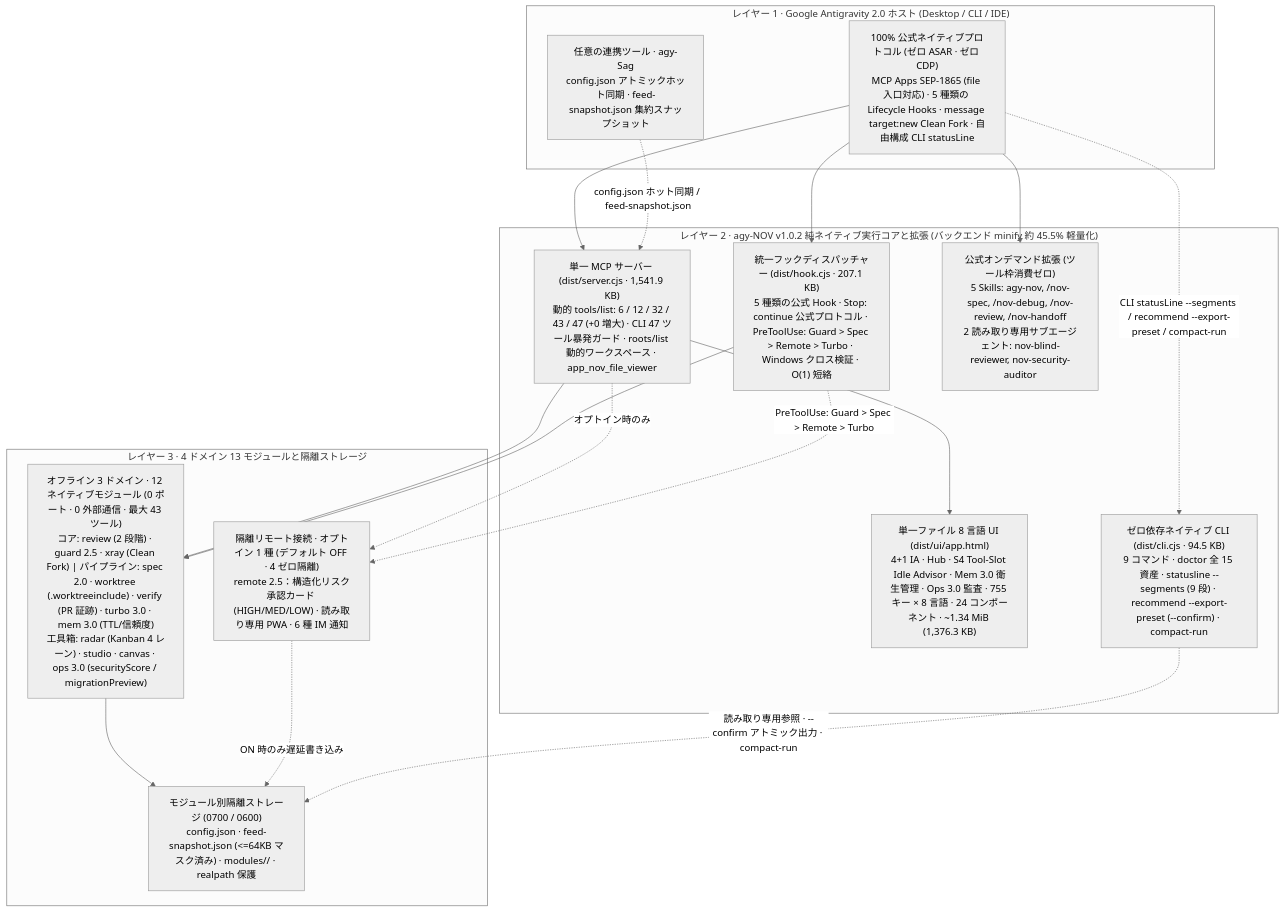
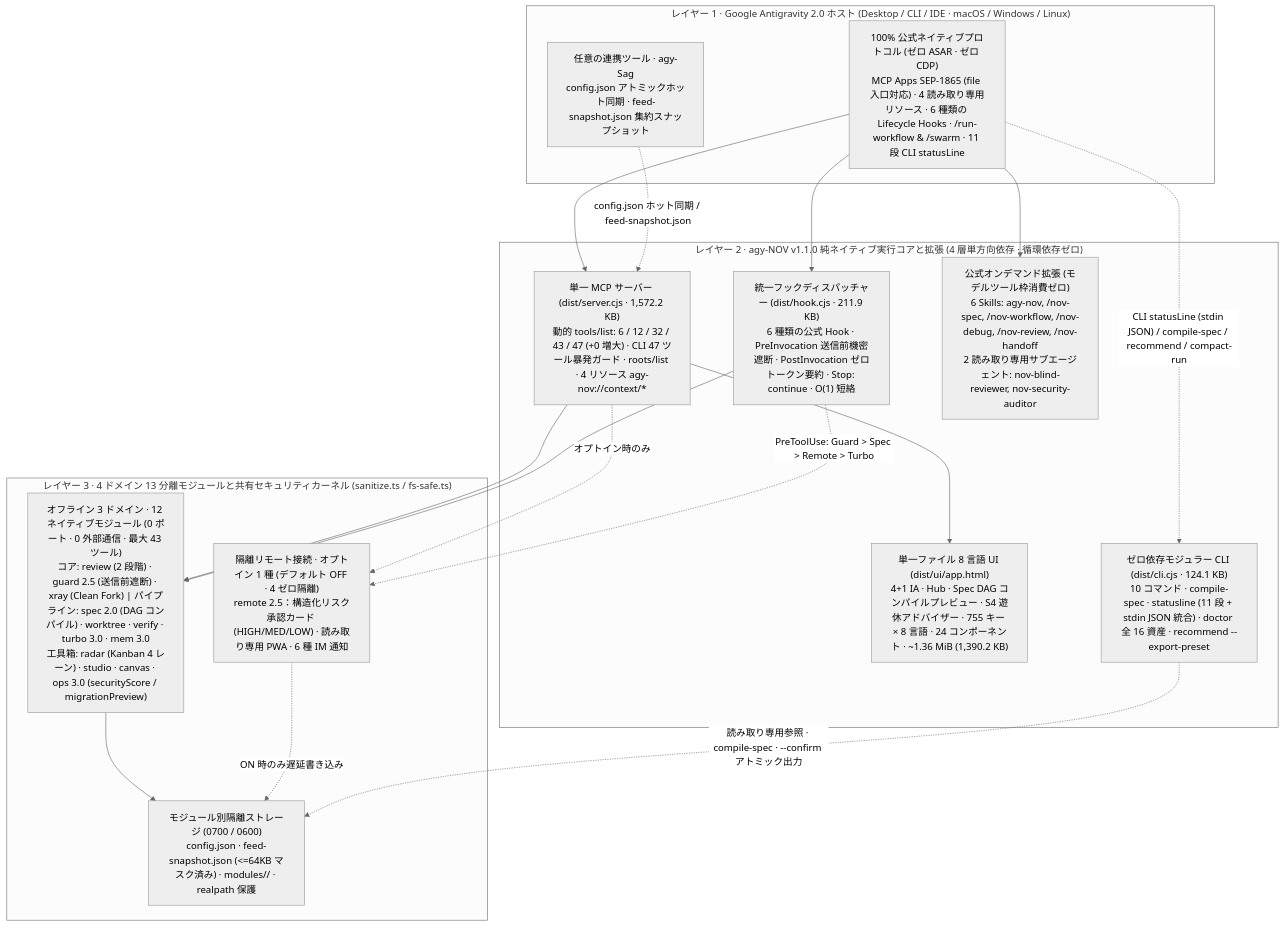
Before and after one commit to tone-leh/agy-NOV: the diagram in docs/i18n/README.ja.md, drawn with Mermaid (neutral theme). The commit also changed other lines of this file and 51 other files, not shown here.

Commit message:
feat(v1.1.0): Spec DAG workflow compiler, 6-Hook protocol, MCP context resources & CLI statusLine fusion

````diff
--- a/docs/i18n/README.ja.md
+++ b/docs/i18n/README.ja.md
@@ -243,35 +242,35 @@
 ```mermaid
 flowchart TB
-  subgraph L1["レイヤー 1 · Google Antigravity 2.0 ホスト (Desktop / CLI / IDE)"]
-    Host["100% 公式ネイティブプロトコル (ゼロ ASAR · ゼロ CDP)\nMCP Apps SEP-1865 (file 入口対応) · 5 種類の Lifecycle Hooks · message target:new Clean Fork · 自由構成 CLI statusLine"]
+  subgraph L1["レイヤー 1 · Google Antigravity 2.0 ホスト (Desktop / CLI / IDE · macOS / Windows / Linux)"]
+    Host["100% 公式ネイティブプロトコル (ゼロ ASAR · ゼロ CDP)\nMCP Apps SEP-1865 (file 入口対応) · 4 読み取り専用リソース · 6 種類の Lifecycle Hooks · /run-workflow & /swarm · 11 段 CLI statusLine"]
     Sag["任意の連携ツール · agy-Sag\nconfig.json アトミックホット同期 · feed-snapshot.json 集約スナップショット"]
   end
 
-  subgraph L2["レイヤー 2 · agy-NOV v1.0.2 純ネイティブ実行コアと拡張 (バックエンド minify 約 45.5% 軽量化)"]
-    MCP["単一 MCP サーバー (dist/server.cjs · 1,541.9 KB)\n動的 tools/list: 6 / 12 / 32 / 43 / 47 (+0 増大) · CLI 47 ツール暴発ガード · roots/list 動的ワークスペース · app_nov_file_viewer"]
-    Hook["統一フックディスパッチャー (dist/hook.cjs · 207.1 KB)\n5 種類の公式 Hook · Stop: continue 公式プロトコル · PreToolUse: Guard > Spec > Remote > Turbo · Windows クロス検証 · O(1) 短絡"]
-    UI["単一ファイル 8 言語 UI (dist/ui/app.html)\n4+1 IA · Hub · S4 Tool-Slot Idle Advisor · Mem 3.0 衛生管理 · Ops 3.0 監査 · 755 キー × 8 言語 · 24 コンポーネント · ~1.34 MiB (1,376.3 KB)"]
-    Ext["公式オンデマンド拡張 (ツール枠消費ゼロ)\n5 Skills: agy-nov, /nov-spec, /nov-debug, /nov-review, /nov-handoff\n2 読み取り専用サブエージェント: nov-blind-reviewer, nov-security-auditor"]
-    CLI["ゼロ依存ネイティブ CLI (dist/cli.cjs · 94.5 KB)\n9 コマンド · doctor 全 15 資産 · statusline --segments (9 段) · recommend --export-preset (--confirm) · compact-run"]
+  subgraph L2["レイヤー 2 · agy-NOV v1.1.0 純ネイティブ実行コアと拡張 (4 層単方向依存 · 循環依存ゼロ)"]
+    MCP["単一 MCP サーバー (dist/server.cjs · 1,572.2 KB)\n動的 tools/list: 6 / 12 / 32 / 43 / 47 (+0 増大) · CLI 47 ツール暴発ガード · roots/list · 4 リソース agy-nov://context/*"]
+    Hook["統一フックディスパッチャー (dist/hook.cjs · 211.9 KB)\n6 種類の公式 Hook · PreInvocation 送信前機密遮断 · PostInvocation ゼロトークン要約 · Stop: continue · O(1) 短絡"]
+    UI["単一ファイル 8 言語 UI (dist/ui/app.html)\n4+1 IA · Hub · Spec DAG コンパイルプレビュー · S4 遊休アドバイザー · 755 キー × 8 言語 · 24 コンポーネント · ~1.36 MiB (1,390.2 KB)"]
+    Ext["公式オンデマンド拡張 (モデルツール枠消費ゼロ)\n6 Skills: agy-nov, /nov-spec, /nov-workflow, /nov-debug, /nov-review, /nov-handoff\n2 読み取り専用サブエージェント: nov-blind-reviewer, nov-security-auditor"]
+    CLI["ゼロ依存モジュラー CLI (dist/cli.cjs · 124.1 KB)\n10 コマンド · compile-spec · statusline (11 段 + stdin JSON 統合) · doctor 全 16 資産 · recommend --export-preset"]
   end
 
-  subgraph L3["レイヤー 3 · 4 ドメイン 13 モジュールと隔離ストレージ"]
-    T1["オフライン 3 ドメイン · 12 ネイティブモジュール (0 ポート · 0 外部通信 · 最大 43 ツール)\nコア: review (2 段階) · guard 2.5 · xray (Clean Fork) | パイプライン: spec 2.0 · worktree (.worktreeinclude) · verify (PR 証跡) · turbo 3.0 · mem 3.0 (TTL/信頼度)\n工具箱: radar (Kanban 4 レーン) · studio · canvas · ops 3.0 (securityScore / migrationPreview)"]
+  subgraph L3["レイヤー 3 · 4 ドメイン 13 分離モジュールと共有セキュリティカーネル (sanitize.ts / fs-safe.ts)"]
+    T1["オフライン 3 ドメイン · 12 ネイティブモジュール (0 ポート · 0 外部通信 · 最大 43 ツール)\nコア: review (2 段階) · guard 2.5 (送信前遮断) · xray (Clean Fork) | パイプライン: spec 2.0 (DAG コンパイル) · worktree · verify · turbo 3.0 · mem 3.0\n工具箱: radar (Kanban 4 レーン) · studio · canvas · ops 3.0 (securityScore / migrationPreview)"]
     T2R["隔離リモート接続 · オプトイン 1 種 (デフォルト OFF · 4 ゼロ隔離)\nremote 2.5：構造化リスク承認カード (HIGH/MED/LOW) · 読み取り専用 PWA · 6 種 IM 通知"]
     Store["モジュール別隔離ストレージ (0700 / 0600)\nconfig.json · feed-snapshot.json (<=64KB マスク済み) · modules/<id>/ · realpath 保護"]
   end
 
   Host --> MCP
   Host --> Hook
   Host --> Ext
-  Host -. "CLI statusLine --segments / recommend --export-preset / compact-run" .-> CLI
+  Host -. "CLI statusLine (stdin JSON) / compile-spec / recommend / compact-run" .-> CLI
   Sag -. "config.json ホット同期 / feed-snapshot.json" .-> MCP
   MCP --> UI
   MCP --> T1
   MCP -. "オプトイン時のみ" .-> T2R
   Hook --> T1
   Hook -. "PreToolUse: Guard > Spec > Remote > Turbo" .-> T2R
   T1 --> Store
   T2R -. "ON 時のみ遅延書き込み" .-> Store
-  CLI -. "読み取り専用参照 · --confirm アトミック出力 · compact-run" .-> Store
+  CLI -. "読み取り専用参照 · compile-spec · --confirm アトミック出力" .-> Store
 ```
````
